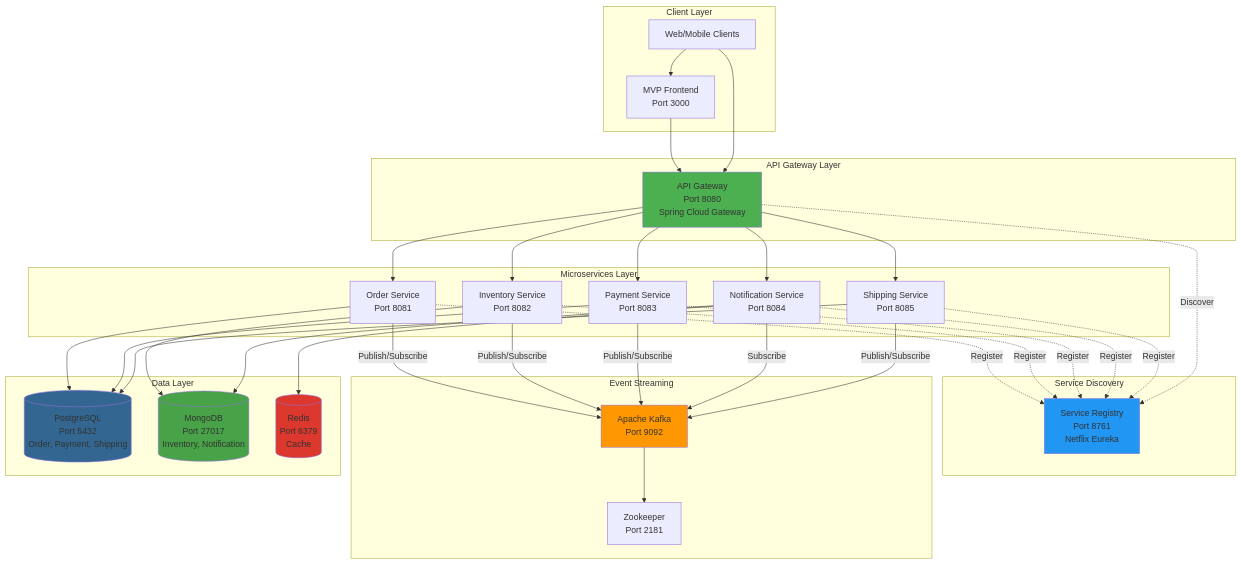
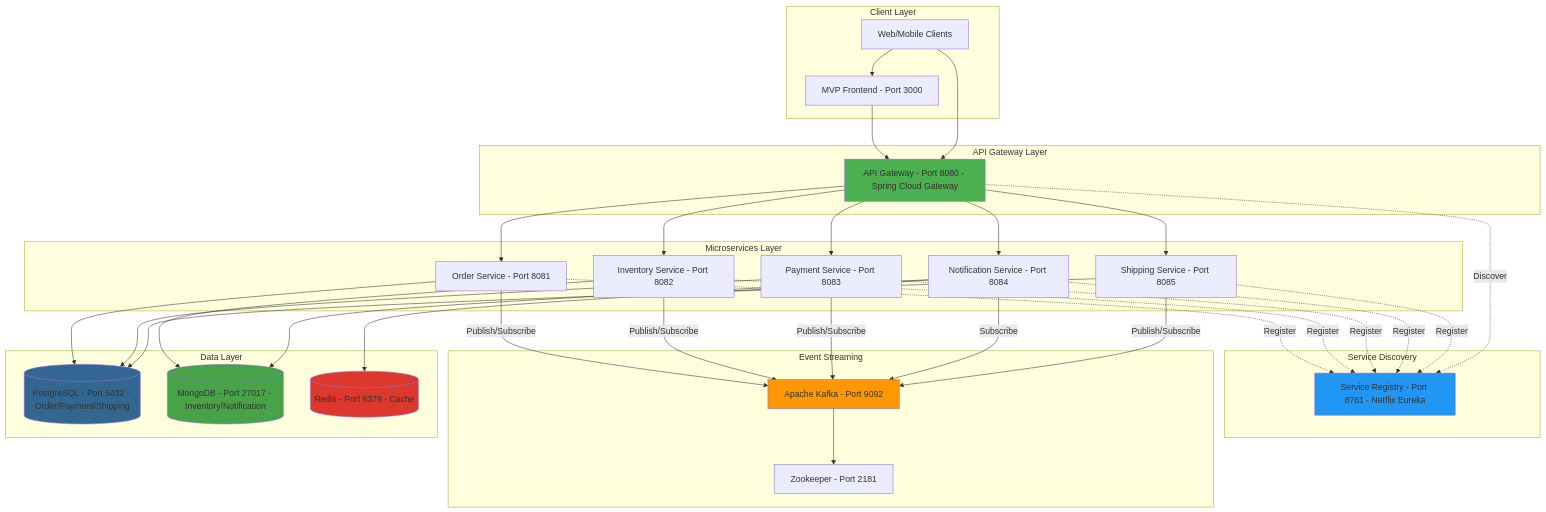
Before and after one commit to hagsmand/workshop-bob-micro: the first of 14 diagrams in README.md, drawn with Mermaid. The commit also changed other lines of this file, not shown here.

````diff
--- a/README.md
+++ b/README.md
@@ -34,73 +34,73 @@
 ```mermaid
 graph TB
     subgraph "Client Layer"
         Client[Web/Mobile Clients]
-        Frontend[MVP Frontend<br/>Port 3000]
+        Frontend[MVP Frontend - Port 3000]
     end
     
     subgraph "API Gateway Layer"
-        Gateway[API Gateway<br/>Port 8080<br/>Spring Cloud Gateway]
+        Gateway[API Gateway - Port 8080 - Spring Cloud Gateway]
     end
     
     subgraph "Service Discovery"
-        Eureka[Service Registry<br/>Port 8761<br/>Netflix Eureka]
+        Eureka[Service Registry - Port 8761 - Netflix Eureka]
     end
     
     subgraph "Microservices Layer"
-        OrderSvc[Order Service<br/>Port 8081]
-        InventorySvc[Inventory Service<br/>Port 8082]
-        PaymentSvc[Payment Service<br/>Port 8083]
-        NotificationSvc[Notification Service<br/>Port 8084]
-        ShippingSvc[Shipping Service<br/>Port 8085]
+        OrderSvc[Order Service - Port 8081]
+        InventorySvc[Inventory Service - Port 8082]
+        PaymentSvc[Payment Service - Port 8083]
+        NotificationSvc[Notification Service - Port 8084]
+        ShippingSvc[Shipping Service - Port 8085]
     end
     
     subgraph "Event Streaming"
-        Kafka[Apache Kafka<br/>Port 9092]
-        Zookeeper[Zookeeper<br/>Port 2181]
+        Kafka[Apache Kafka - Port 9092]
+        Zookeeper[Zookeeper - Port 2181]
     end
     
     subgraph "Data Layer"
-        PostgreSQL[(PostgreSQL<br/>Port 5432<br/>Order, Payment, Shipping)]
-        MongoDB[(MongoDB<br/>Port 27017<br/>Inventory, Notification)]
-        Redis[(Redis<br/>Port 6379<br/>Cache)]
+        PostgreSQL[(PostgreSQL - Port 5432 - Order/Payment/Shipping)]
+        MongoDB[(MongoDB - Port 27017 - Inventory/Notification)]
+        Redis[(Redis - Port 6379 - Cache)]
     end
     
     Client --> Frontend
     Frontend --> Gateway
     Client --> Gateway
     
     Gateway --> OrderSvc
     Gateway --> InventorySvc
     Gateway --> PaymentSvc
     Gateway --> NotificationSvc
     Gateway --> ShippingSvc
     
     OrderSvc -.->|Register| Eureka
     InventorySvc -.->|Register| Eureka
     PaymentSvc -.->|Register| Eureka
     NotificationSvc -.->|Register| Eureka
     ShippingSvc -.->|Register| Eureka
     Gateway -.->|Discover| Eureka
     
     OrderSvc -->|Publish/Subscribe| Kafka
     InventorySvc -->|Publish/Subscribe| Kafka
     PaymentSvc -->|Publish/Subscribe| Kafka
     NotificationSvc -->|Subscribe| Kafka
     ShippingSvc -->|Publish/Subscribe| Kafka
     
     Kafka --> Zookeeper
     
     OrderSvc --> PostgreSQL
     PaymentSvc --> PostgreSQL
     ShippingSvc --> PostgreSQL
     InventorySvc --> MongoDB
     NotificationSvc --> MongoDB
     NotificationSvc --> Redis
     
     style Gateway fill:#4CAF50
     style Eureka fill:#2196F3
     style Kafka fill:#FF9800
     style PostgreSQL fill:#336791
     style MongoDB fill:#47A248
     style Redis fill:#DC382D
 ```
````
